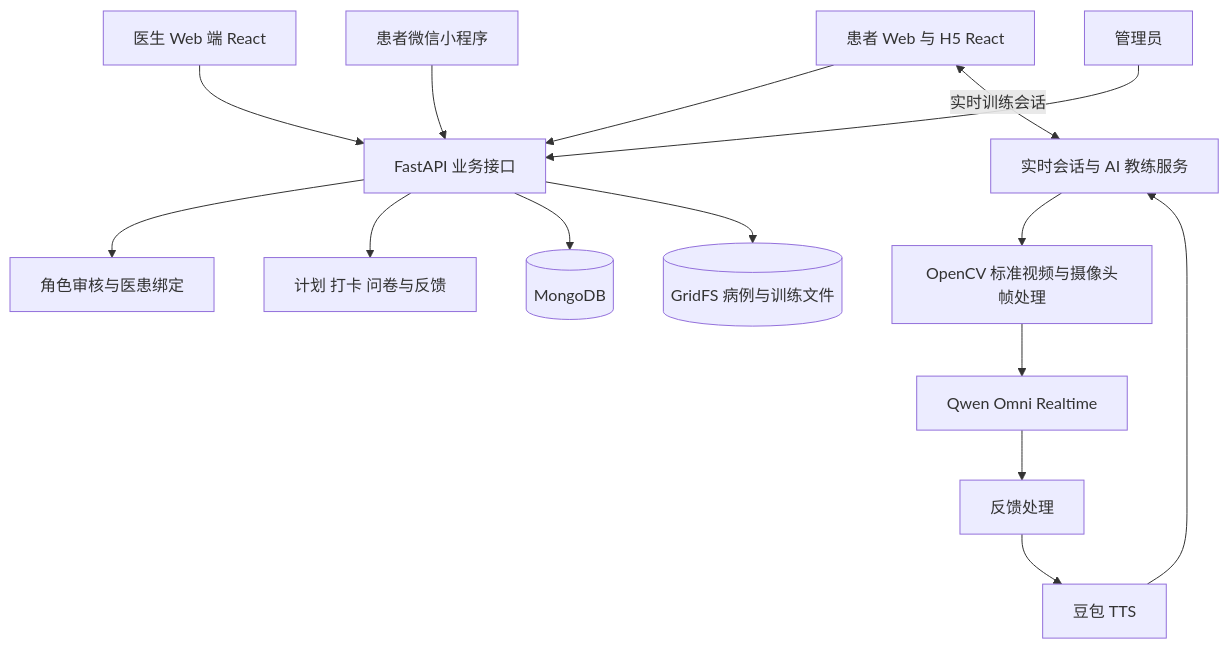
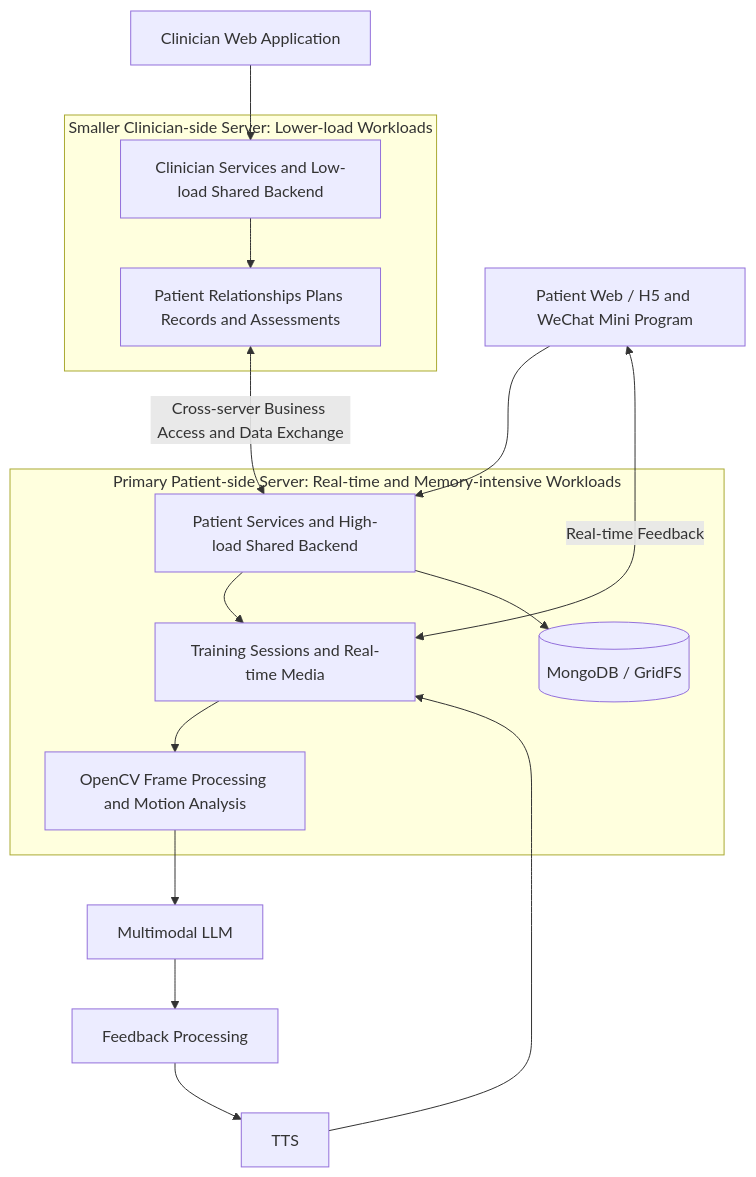
Before and after one commit to Liangyueyi/Portfolio: the diagram in projects/medical-rehabilitation.md, drawn with Mermaid. The commit also changed other lines of this file and 10 other files, not shown here.

Commit message:
Publish bilingual portfolio and update rehabilitation deployment architecture

````diff
--- a/projects/medical-rehabilitation.md
+++ b/projects/medical-rehabilitation.md
@@ -38,17 +40,25 @@
 ```mermaid
 flowchart TB
-    D[医生 Web 端 React] --> API[FastAPI 业务接口]
-    P[患者 Web 与 H5 React] --> API
-    W[患者微信小程序] --> API
-    A[管理员] --> API
-    API --> B[角色审核与医患绑定]
-    API --> C[计划 打卡 问卷与反馈]
-    API --> DB[(MongoDB)]
-    API --> FS[(GridFS 病例与训练文件)]
-    P <-->|实时训练会话| WS[实时会话与 AI 教练服务]
-    WS --> V[OpenCV 标准视频与摄像头帧处理]
-    V --> Q[Qwen Omni Realtime]
-    Q --> F[反馈处理]
-    F --> T[豆包 TTS]
+    P[Patient Web / H5 and WeChat Mini Program] --> PA
+    D[Clinician Web Application] --> DA
+    subgraph MAIN[Primary Patient-side Server: Real-time and Memory-intensive Workloads]
+        PA[Patient Services and High-load Shared Backend]
+        WS[Training Sessions and Real-time Media]
+        V[OpenCV Frame Processing and Motion Analysis]
+        DB[(MongoDB / GridFS)]
+        PA --> WS
+        WS --> V
+        PA --> DB
+    end
+    subgraph DOCTOR[Smaller Clinician-side Server: Lower-load Workloads]
+        DA[Clinician Services and Low-load Shared Backend]
+        B[Patient Relationships Plans Records and Assessments]
+        DA --> B
+    end
+    B <-->|Cross-server Business Access and Data Exchange| PA
+    V --> L[Multimodal LLM]
+    L --> F[Feedback Processing]
+    F --> T[TTS]
     T --> WS
+    WS <-->|Real-time Feedback| P
 ```
````
